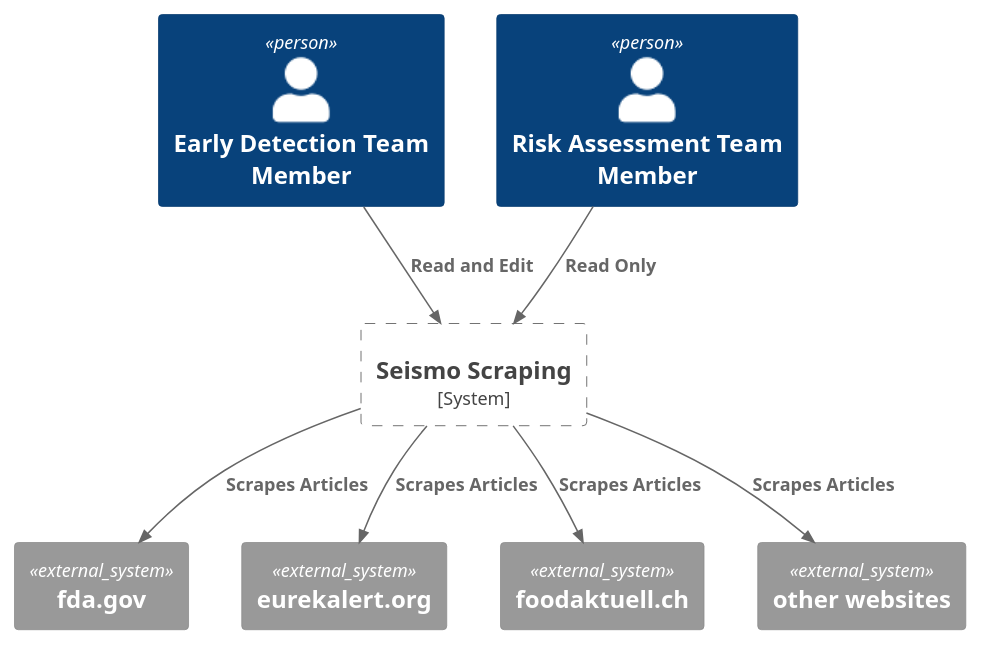
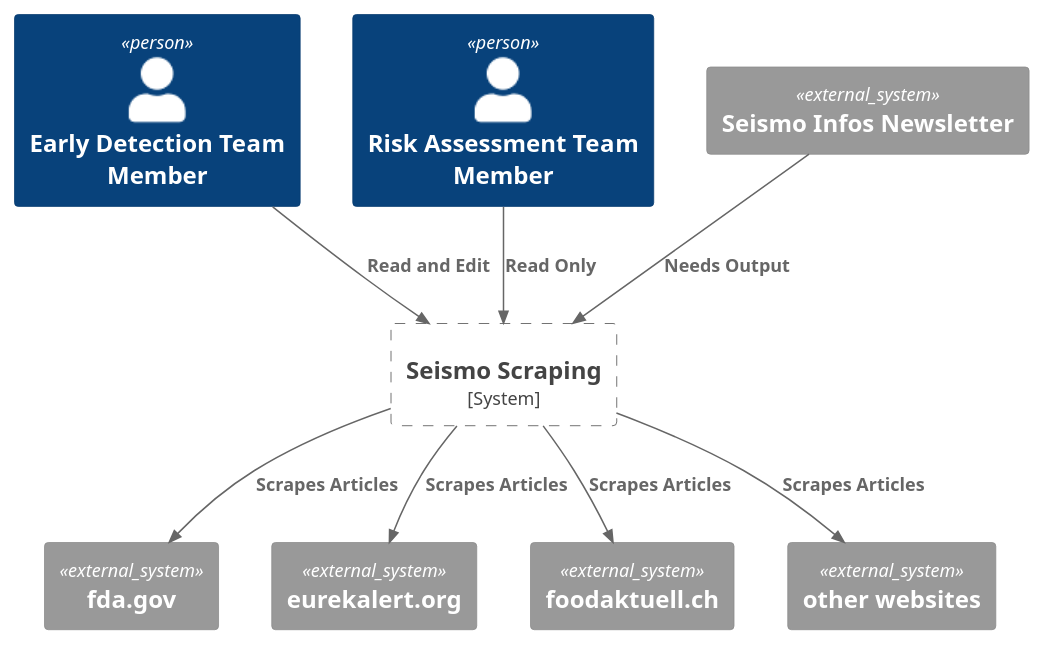
The diagram in src/sa/model/context.puml (USI-MSDE-SA-2023/sa--christelle00), drawn with PlantUML before and after one commit. The commit also changed 2 other files, not shown here.

```diff
--- a/src/sa/model/context.puml
+++ b/src/sa/model/context.puml
@@ -1,22 +1,24 @@
 @startuml
 !include <C4/C4_Container>
 
 Person(user_s, "Early Detection Team Member", "")
 Person(user_p, "Risk Assessment Team Member", "")
 
 System_Boundary(boundary, "Seismo Scraping") {
 
 }
 
+System_Ext(seismo, "Seismo Infos Newsletter")
 System_Ext(fda, "fda.gov")
 System_Ext(eurekalert, "eurekalert.org")
 System_Ext(foodaktuell, "foodaktuell.ch")
 System_Ext(..., "other websites")
 
 Rel(user_s, boundary, "Read and Edit")
 Rel(user_p, boundary, "Read Only")
+Rel(seismo, boundary, "Needs Output")
 Rel(boundary, fda, "Scrapes Articles")
 Rel(boundary, eurekalert, "Scrapes Articles")
 Rel(boundary, foodaktuell, "Scrapes Articles")
 Rel(boundary, ..., "Scrapes Articles")
 @enduml
```
